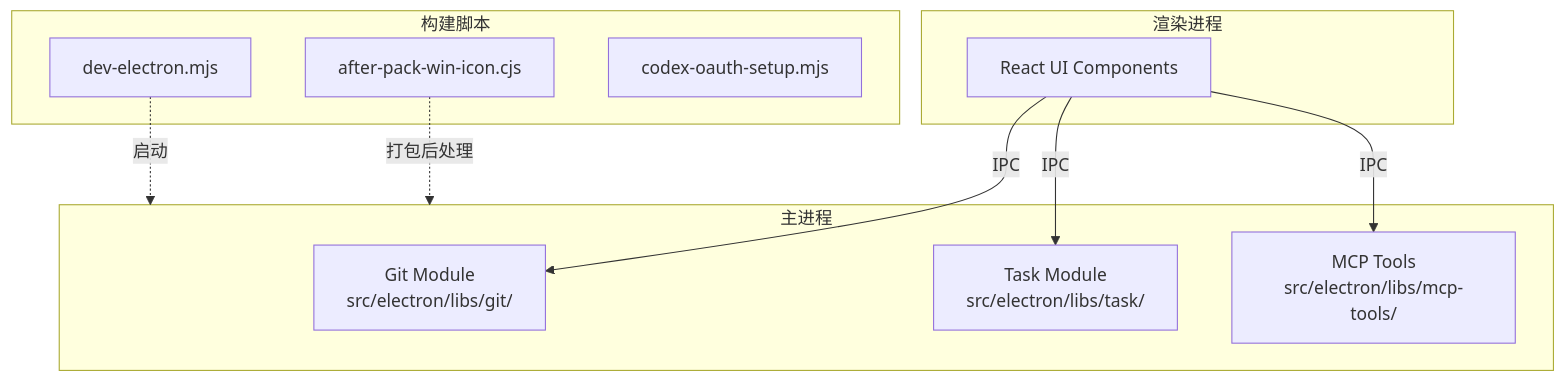
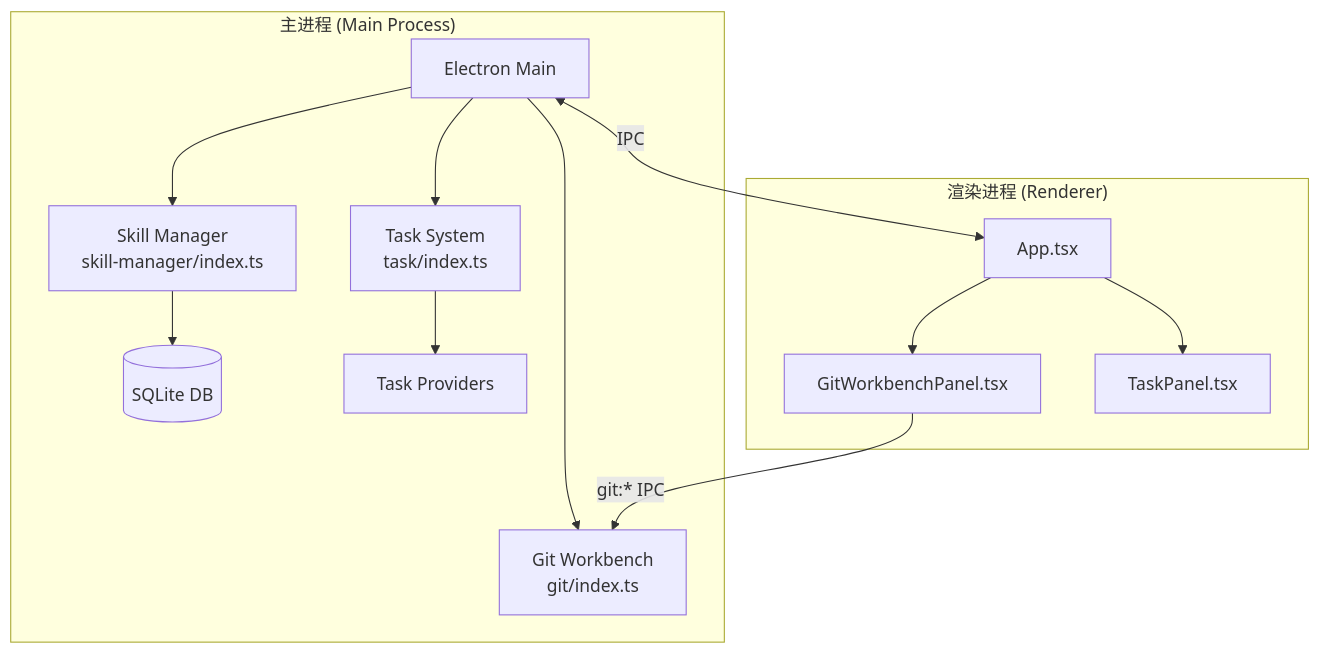
The first of 2 diagrams in .tech/repowiki/zh/content/核心模块规格/核心模块规格.md (lst016/tech-cc-hub), drawn with Mermaid before and after one commit. The commit also changed other lines of this file and 195 other files, not shown here.

````diff
--- a/.tech/repowiki/zh/content/核心模块规格/核心模块规格.md
+++ b/.tech/repowiki/zh/content/核心模块规格/核心模块规格.md
@@ -36,24 +53,27 @@
 ```mermaid
 flowchart TD
-    subgraph MainProcess["主进程"]
-        Git[Git Module<br/>src/electron/libs/git/]
-        Task[Task Module<br/>src/electron/libs/task/]
-        MCP[MCP Tools<br/>src/electron/libs/mcp-tools/]
+    subgraph MAIN["主进程 (Main Process)"]
+        E[Electron Main]
+        SM[Skill Manager<br/>skill-manager/index.ts]
+        TS[Task System<br/>task/index.ts]
+        GW[Git Workbench<br/>git/index.ts]
+
+        E --> SM
+        E --> TS
+        E --> GW
+
+        SM --> DB[(SQLite DB)]
+        TS --> Providers[Task Providers]
     end
 
-    subgraph Renderer["渲染进程"]
-        UI[React UI Components]
+    subgraph RENDERER["渲染进程 (Renderer)"]
+        UI[App.tsx]
+        GitUI[GitWorkbenchPanel.tsx]
+        TaskUI[TaskPanel.tsx]
     end
 
-    subgraph Scripts["构建脚本"]
-        DEV[dev-electron.mjs]
-        PACK[after-pack-win-icon.cjs]
-        OAUTH[codex-oauth-setup.mjs]
-    end
-
-    UI -->|IPC| Git
-    UI -->|IPC| Task
-    UI -->|IPC| MCP
-    DEV -.->|启动| MainProcess
-    PACK -.->|打包后处理| MainProcess
+    E <-->|IPC| UI
+    UI --> GitUI
+    UI --> TaskUI
+    GitUI --> |git:* IPC| GW
 ```
````
